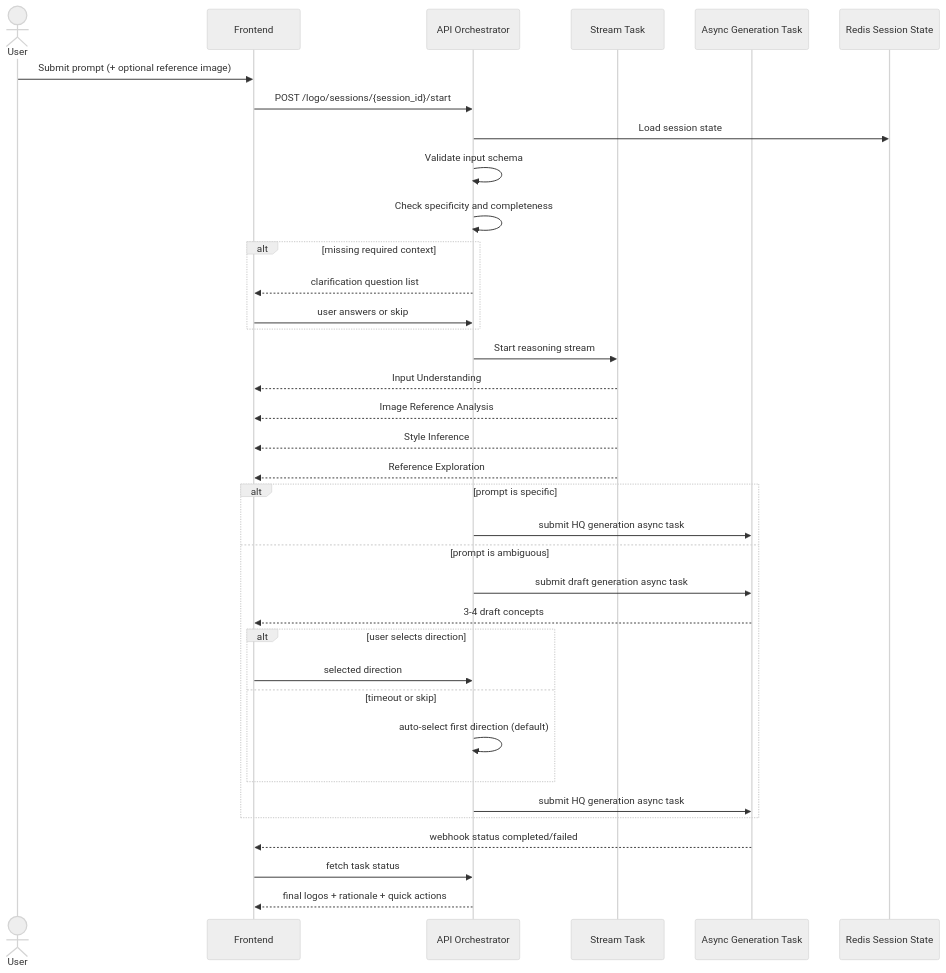
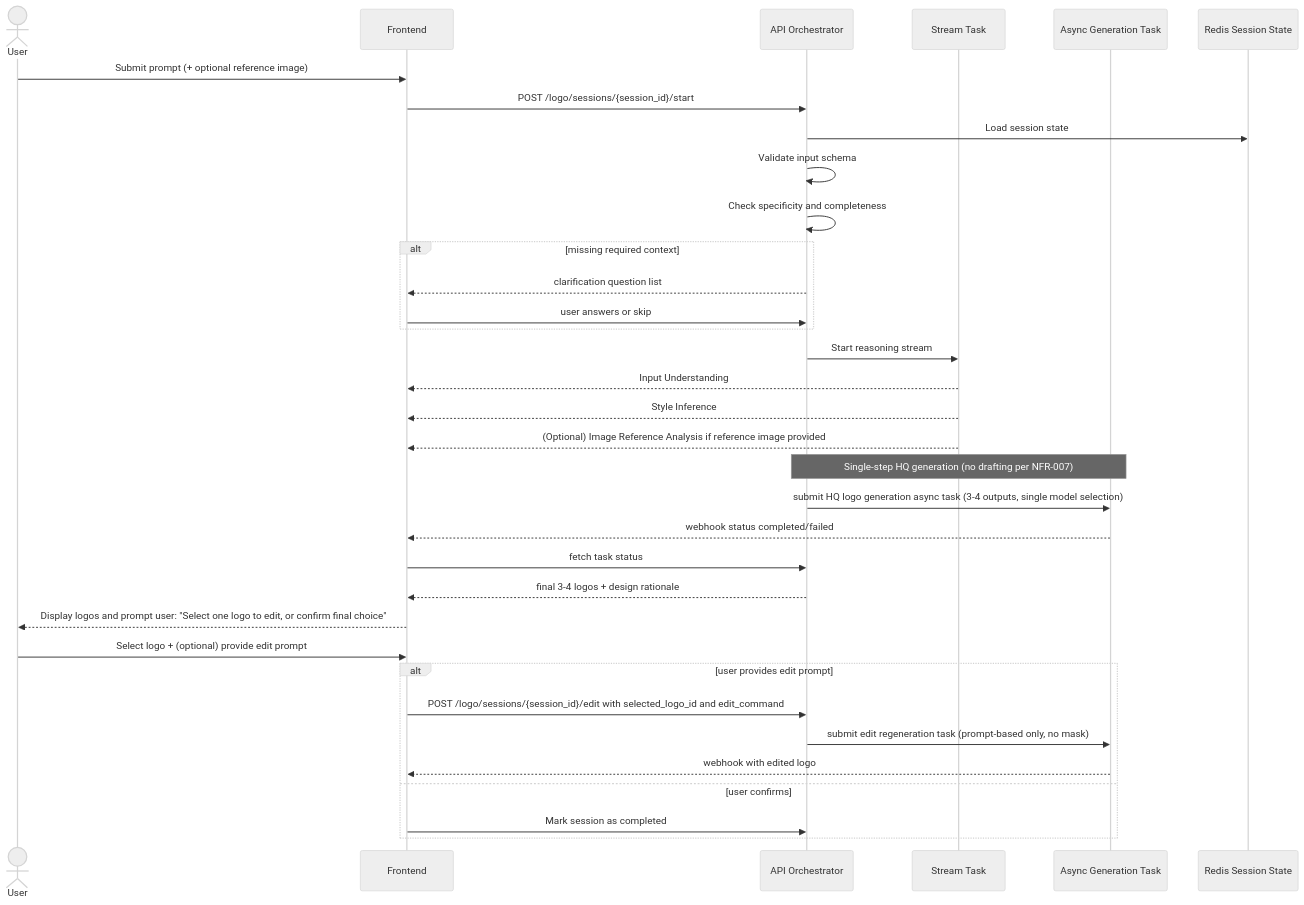
Before and after one commit to Ne4nf/Logo-design: the second of 2 diagrams in specs/001-logo-design-agent/technical-design.md, drawn with Mermaid (neutral theme). The commit also changed other lines of this file and 11 other files, not shown here.

````diff
--- a/specs/001-logo-design-agent/technical-design.md
+++ b/specs/001-logo-design-agent/technical-design.md
@@ -95,44 +99,43 @@
 ```mermaid
 sequenceDiagram
     actor U as User
     participant FE as Frontend
     participant OR as API Orchestrator
     participant SS as Stream Task
     participant AG as Async Generation Task
     participant RS as Redis Session State
 
     U->>FE: Submit prompt (+ optional reference image)
     FE->>OR: POST /logo/sessions/{session_id}/start
     OR->>RS: Load session state
 
     OR->>OR: Validate input schema
     OR->>OR: Check specificity and completeness
 
     alt missing required context
         OR-->>FE: clarification question list
         FE->>OR: user answers or skip
     end
 
     OR->>SS: Start reasoning stream
     SS-->>FE: Input Understanding
-    SS-->>FE: Image Reference Analysis
     SS-->>FE: Style Inference
-    SS-->>FE: Reference Exploration
+    SS-->>FE: (Optional) Image Reference Analysis if reference image provided
 
-    alt prompt is specific
-        OR->>AG: submit HQ generation async task
-    else prompt is ambiguous
-        OR->>AG: submit draft generation async task
-        AG-->>FE: 3-4 draft concepts
-        alt user selects direction
-            FE->>OR: selected direction
-        else timeout or skip
-            OR->>OR: auto-select first direction (default)
-        end
-        OR->>AG: submit HQ generation async task
-    end
+    Note over OR,AG: Single-step HQ generation (no drafting per NFR-007)
+    OR->>AG: submit HQ logo generation async task (3-4 outputs, single model selection)
 
     AG-->>FE: webhook status completed/failed
     FE->>OR: fetch task status
-    OR-->>FE: final logos + rationale + quick actions
+    OR-->>FE: final 3-4 logos + design rationale
+    
+    FE-->>U: Display logos and prompt user: "Select one logo to edit, or confirm final choice"
+    U->>FE: Select logo + (optional) provide edit prompt
+    alt user provides edit prompt
+        FE->>OR: POST /logo/sessions/{session_id}/edit with selected_logo_id and edit_command
+        OR->>AG: submit edit regeneration task (prompt-based only, no mask)
+        AG-->>FE: webhook with edited logo
+    else user confirms
+        FE->>OR: Mark session as completed
+    end
 ```
````
